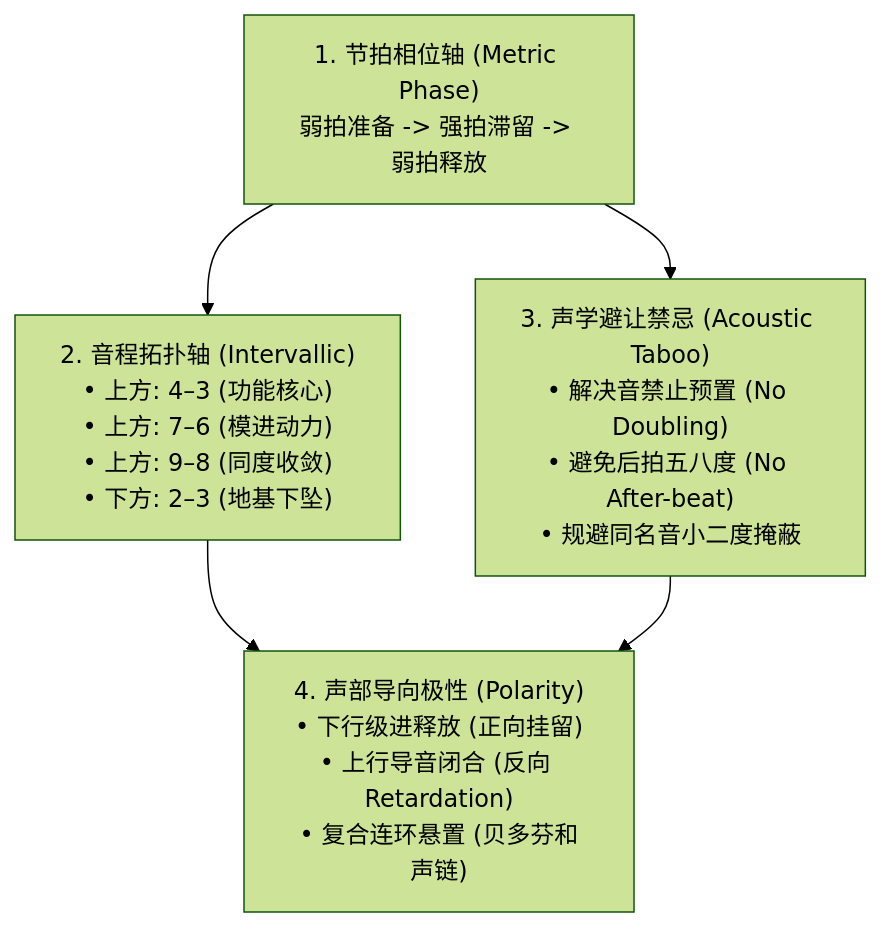
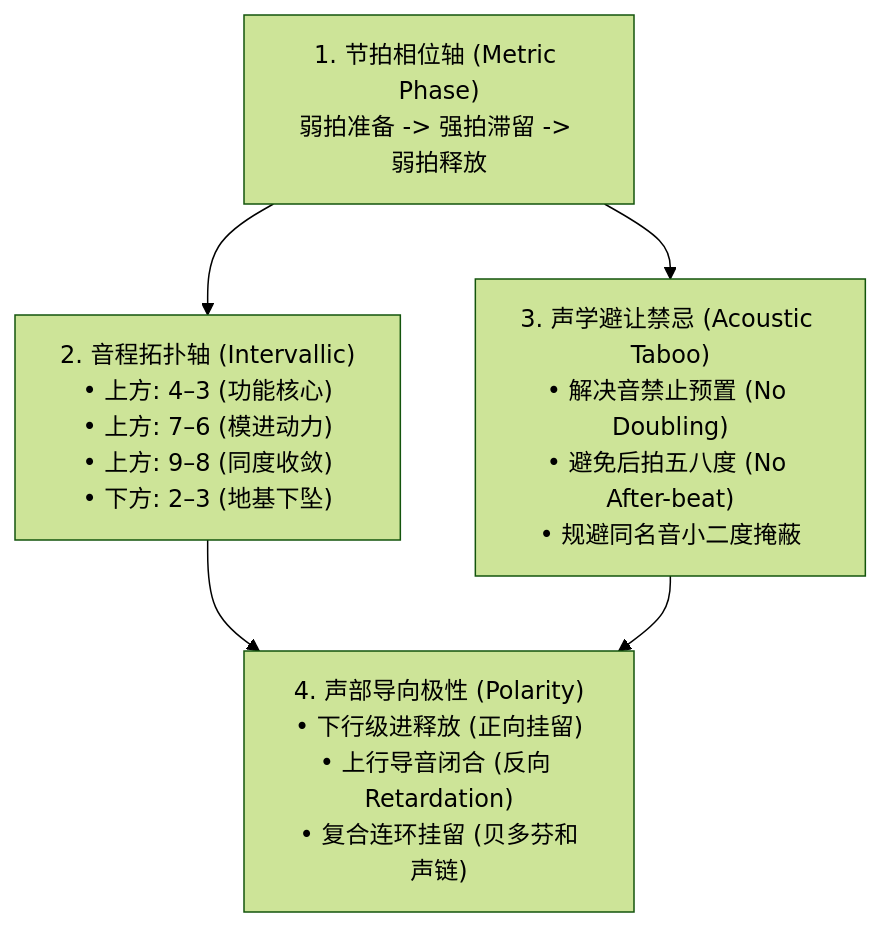
Before and after one commit to OpenCadenza/music-wiki: the second of 2 diagrams in content/techniques/counterpoint/suspension-mechanics-and-voice-leading.md, drawn with Mermaid (forest theme). The commit also changed other lines of this file and 33 other files, not shown here.

````diff
--- a/content/techniques/counterpoint/suspension-mechanics-and-voice-leading.md
+++ b/content/techniques/counterpoint/suspension-mechanics-and-voice-leading.md
@@ -296,12 +296,12 @@
 ```mermaid
 flowchart TD
     Phase["1. 节拍相位轴 (Metric Phase)<br>弱拍准备 -> 强拍滞留 -> 弱拍释放"]
     Intervallic["2. 音程拓扑轴 (Intervallic)<br>• 上方: 4–3 (功能核心)<br>• 上方: 7–6 (模进动力)<br>• 上方: 9–8 (同度收敛)<br>• 下方: 2–3 (地基下坠)"]
     Taboo["3. 声学避让禁忌 (Acoustic Taboo)<br>• 解决音禁止预置 (No Doubling)<br>• 避免后拍五八度 (No After-beat)<br>• 规避同名音小二度掩蔽"]
-    Polarity["4. 声部导向极性 (Polarity)<br>• 下行级进释放 (正向挂留)<br>• 上行导音闭合 (反向 Retardation)<br>• 复合连环悬置 (贝多芬和声链)"]
+    Polarity["4. 声部导向极性 (Polarity)<br>• 下行级进释放 (正向挂留)<br>• 上行导音闭合 (反向 Retardation)<br>• 复合连环挂留 (贝多芬和声链)"]
 
     Phase --> Intervallic
     Phase --> Taboo
     Intervallic --> Polarity
     Taboo --> Polarity
 ```
````
